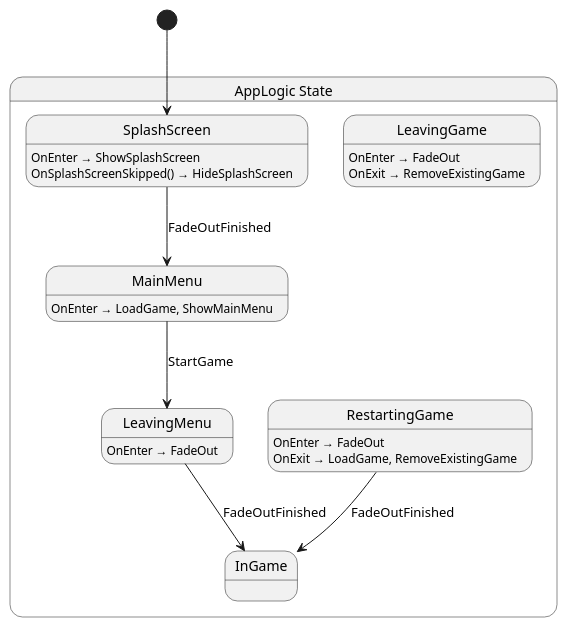
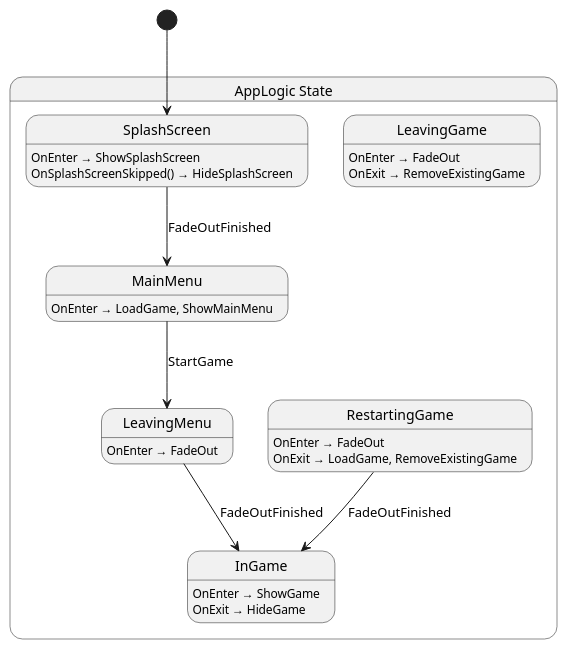
One commit to chickensoft-games/GameDemo changed the diagram in src/app/state/AppLogic.g.puml. Above: the diagram before and after it, drawn with PlantUML. The commit also changed 13 other files, not shown here.

Commit message:
refactor: continue to clean up states, correct some logic. camera, menus, pausing are still broken, other game elements are fine

```diff
--- a/src/app/state/AppLogic.g.puml
+++ b/src/app/state/AppLogic.g.puml
@@ -1,30 +1,33 @@
 @startuml AppLogic
 state "AppLogic State" as GameDemo_AppLogic_State {
-  state "InGame" as GameDemo_AppLogic_State_InGame
+  state "InGame" as GameDemo_AppLogic_State_InGame {
+    GameDemo_AppLogic_State_InGame : OnEnter → ShowGame
+    GameDemo_AppLogic_State_InGame : OnExit → HideGame
+  }
   state "LeavingGame" as GameDemo_AppLogic_State_LeavingGame {
     GameDemo_AppLogic_State_LeavingGame : OnEnter → FadeOut
     GameDemo_AppLogic_State_LeavingGame : OnExit → RemoveExistingGame
   }
   state "LeavingMenu" as GameDemo_AppLogic_State_LeavingMenu {
     GameDemo_AppLogic_State_LeavingMenu : OnEnter → FadeOut
   }
   state "MainMenu" as GameDemo_AppLogic_State_MainMenu {
     GameDemo_AppLogic_State_MainMenu : OnEnter → LoadGame, ShowMainMenu
   }
   state "RestartingGame" as GameDemo_AppLogic_State_RestartingGame {
     GameDemo_AppLogic_State_RestartingGame : OnEnter → FadeOut
     GameDemo_AppLogic_State_RestartingGame : OnExit → LoadGame, RemoveExistingGame
   }
   state "SplashScreen" as GameDemo_AppLogic_State_SplashScreen {
     GameDemo_AppLogic_State_SplashScreen : OnEnter → ShowSplashScreen
     GameDemo_AppLogic_State_SplashScreen : OnSplashScreenSkipped() → HideSplashScreen
   }
 }
 
 GameDemo_AppLogic_State_LeavingMenu --> GameDemo_AppLogic_State_InGame : FadeOutFinished
 GameDemo_AppLogic_State_MainMenu --> GameDemo_AppLogic_State_LeavingMenu : StartGame
 GameDemo_AppLogic_State_RestartingGame --> GameDemo_AppLogic_State_InGame : FadeOutFinished
 GameDemo_AppLogic_State_SplashScreen --> GameDemo_AppLogic_State_MainMenu : FadeOutFinished
 
 [*] --> GameDemo_AppLogic_State_SplashScreen
 @enduml
```
